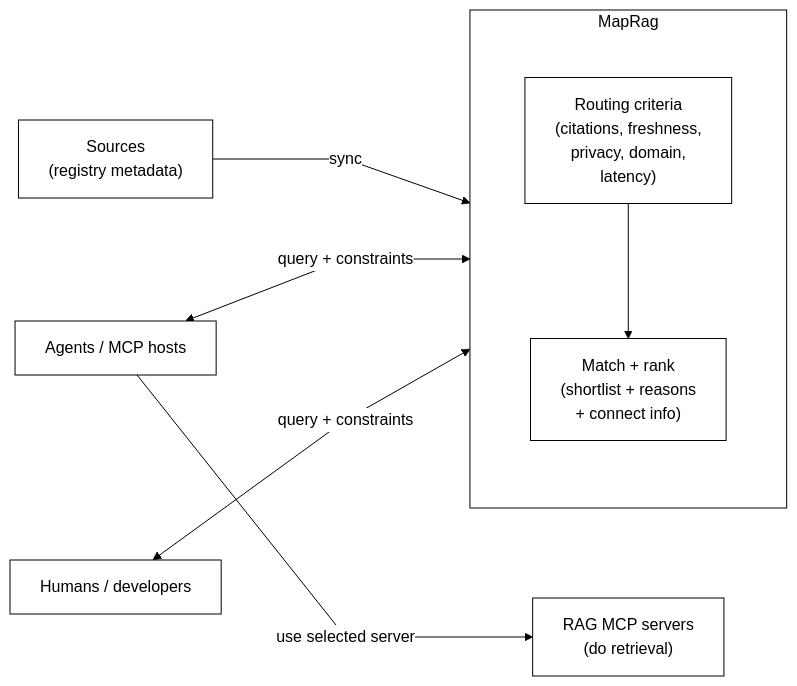
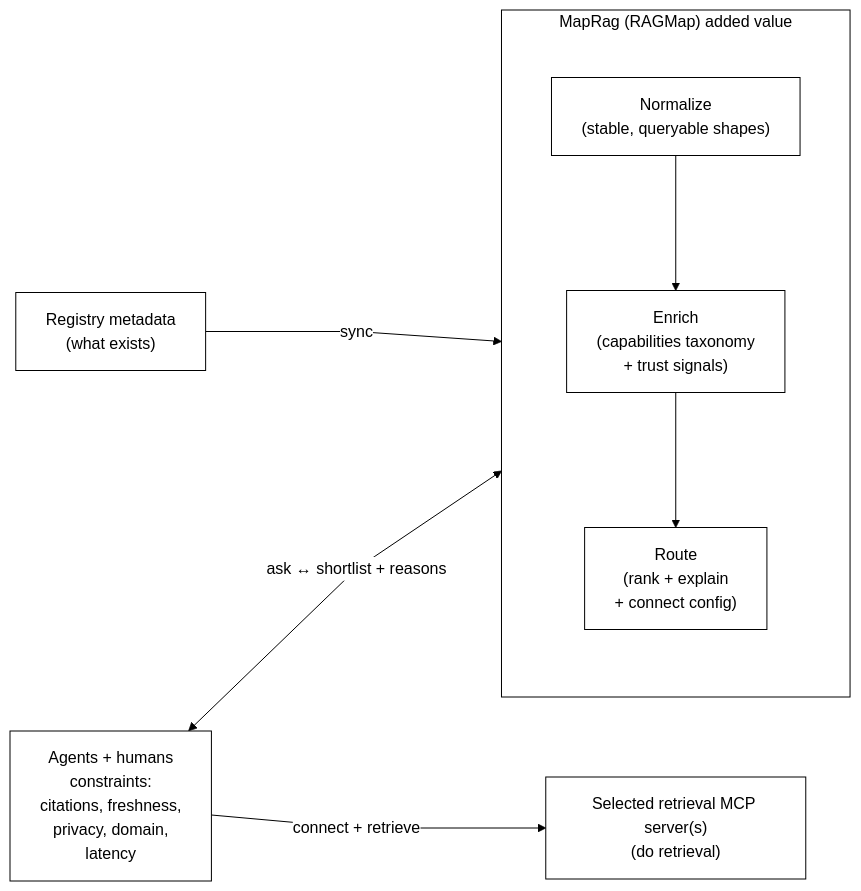
One commit to khalidsaidi/ragmap changed the diagram in docs/diagrams/ragmap-architecture.mmd. Above: the diagram before and after it, drawn with Mermaid. The commit also changed 2 other files, not shown here.

Commit message:
Make concept diagram highlight MapRag added value

```diff
--- a/docs/diagrams/ragmap-architecture.mmd
+++ b/docs/diagrams/ragmap-architecture.mmd
@@ -1,22 +1,21 @@
-%%{init: {"theme":"base","themeVariables":{"primaryColor":"#ffffff","primaryTextColor":"#000000","primaryBorderColor":"#000000","lineColor":"#000000","secondaryColor":"#ffffff","tertiaryColor":"#ffffff","clusterBkg":"#ffffff","clusterBorder":"#000000","edgeLabelBackground":"#ffffff"},"flowchart":{"curve":"linear","nodeSpacing":90,"rankSpacing":110}}}%%
+%%{init: {"theme":"base","themeVariables":{"primaryColor":"#ffffff","primaryTextColor":"#000000","primaryBorderColor":"#000000","lineColor":"#000000","secondaryColor":"#ffffff","tertiaryColor":"#ffffff","clusterBkg":"#ffffff","clusterBorder":"#000000","edgeLabelBackground":"#ffffff"},"flowchart":{"curve":"linear","nodeSpacing":80,"rankSpacing":110}}}%%
 flowchart LR
-  %% Concept-only diagram (no deployment, framework, or datastore details)
+  %% Concept-only diagram (shows "added value", not deployment or datastore)
 
   classDef mono fill:#ffffff,stroke:#000000,color:#000000,stroke-width:1px;
 
-  Sources["Sources\n(registry metadata)"]:::mono
-  Agents["Agents / MCP hosts"]:::mono
-  Humans["Humans / developers"]:::mono
-  Retrieval["RAG MCP servers\n(do retrieval)"]:::mono
+  Sources["Registry metadata\n(what exists)"]:::mono
+  Users["Agents + humans\nconstraints:\ncitations, freshness,\nprivacy, domain,\nlatency"]:::mono
+  Retrieval["Selected retrieval MCP server(s)\n(do retrieval)"]:::mono
 
-  subgraph MR["MapRag"]
+  subgraph MR["MapRag (RAGMap) added value"]
     direction TB
-    Criteria["Routing criteria\n(citations, freshness,\nprivacy, domain,\nlatency)"]:::mono
-    Engine["Match + rank\n(shortlist + reasons\n+ connect info)"]:::mono
-    Criteria --> Engine
+    Normalize["Normalize\n(stable, queryable shapes)"]:::mono
+    Enrich["Enrich\n(capabilities taxonomy\n+ trust signals)"]:::mono
+    Route["Route\n(rank + explain\n+ connect config)"]:::mono
+    Normalize --> Enrich --> Route
   end
 
-  Sources -->|sync| Engine
-  Agents <-->|query + constraints| Engine
-  Humans <-->|query + constraints| Engine
-  Agents -->|use selected server| Retrieval
+  Sources -->|sync| Normalize
+  Users <-->|ask ↔ shortlist + reasons| Route
+  Users -->|connect + retrieve| Retrieval
```
